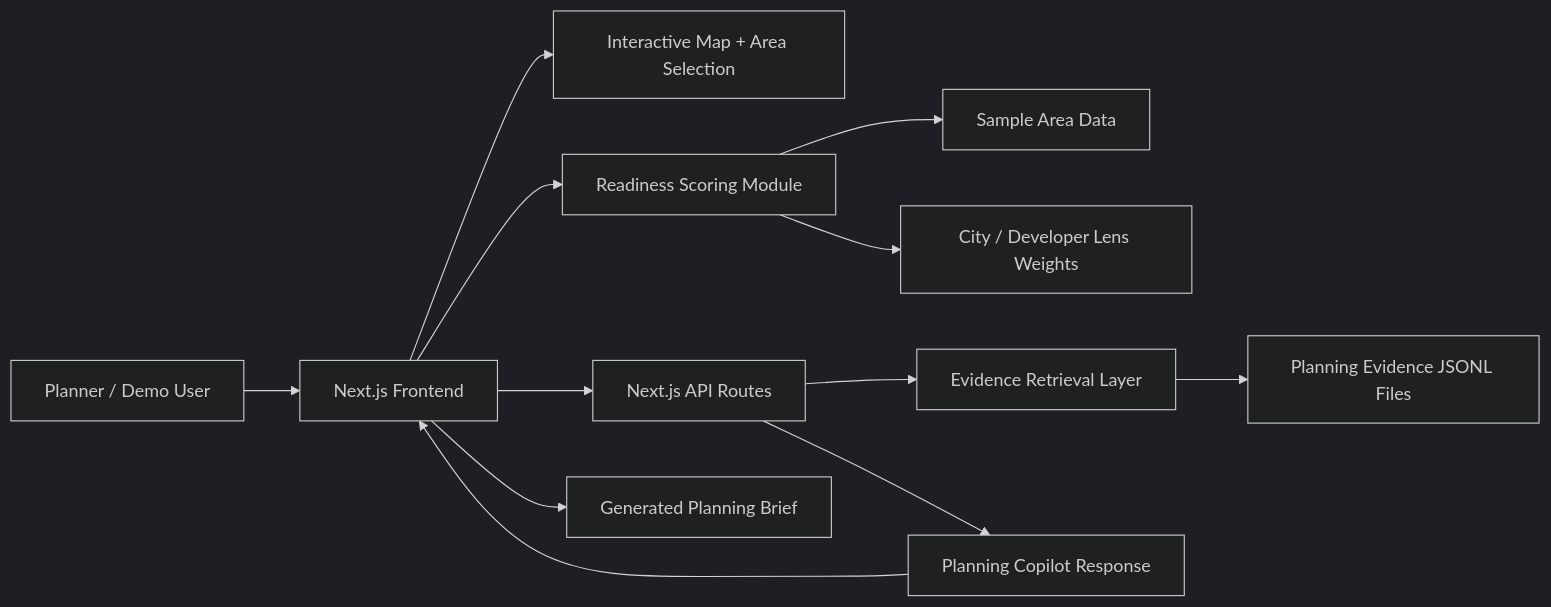
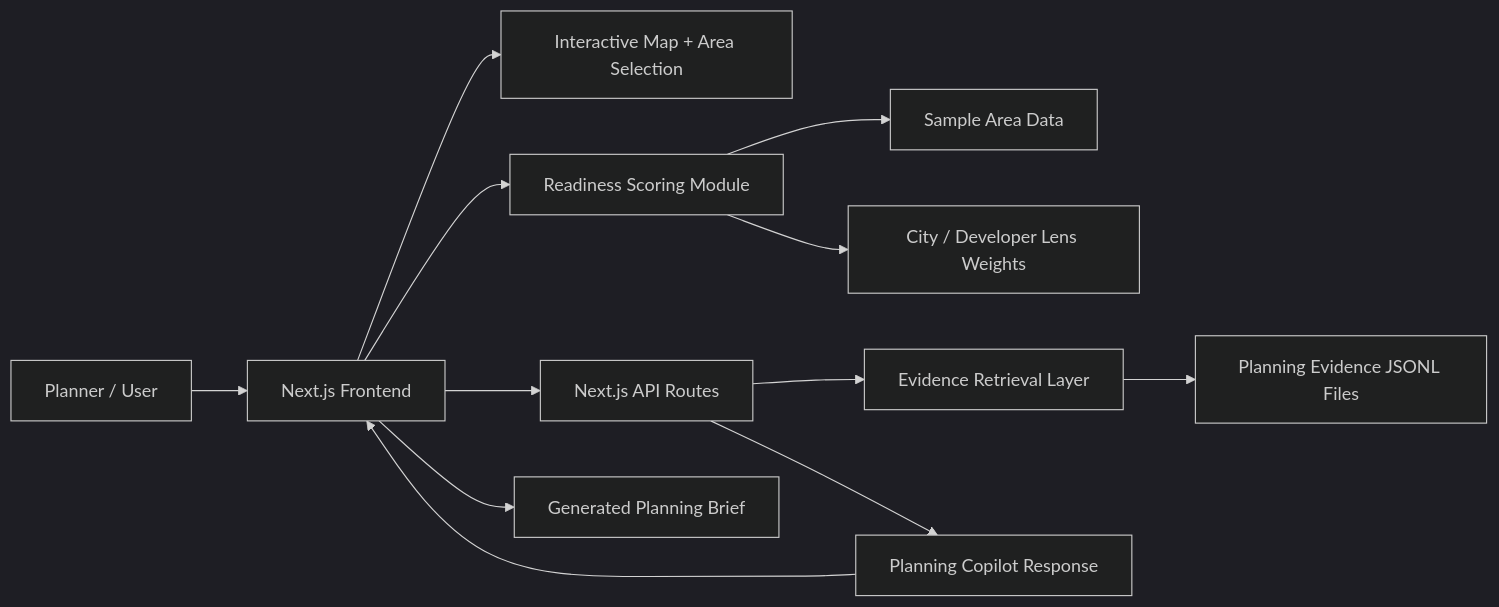
The diagram in docs/gridwise-architecture.mmd (praveenachen/GridWise), drawn with Mermaid (dark theme) before and after one commit. The commit also changed 6 other files, not shown here.

```diff
--- a/docs/gridwise-architecture.mmd
+++ b/docs/gridwise-architecture.mmd
@@ -1,16 +1,16 @@
 flowchart LR
-  User["Planner / Demo User"] --> UI["Next.js Frontend"]
+  User["Planner / User"] --> UI["Next.js Frontend"]
   UI --> Map["Interactive Map + Area Selection"]
   UI --> Scoring["Readiness Scoring Module"]
   UI --> API["Next.js API Routes"]
 
   Scoring --> Data["Sample Area Data"]
   Scoring --> Weights["City / Developer Lens Weights"]
 
   API --> Evidence["Evidence Retrieval Layer"]
   Evidence --> EvidenceFiles["Planning Evidence JSONL Files"]
 
   API --> Copilot["Planning Copilot Response"]
   Copilot --> UI
 
   UI --> Brief["Generated Planning Brief"]
```
